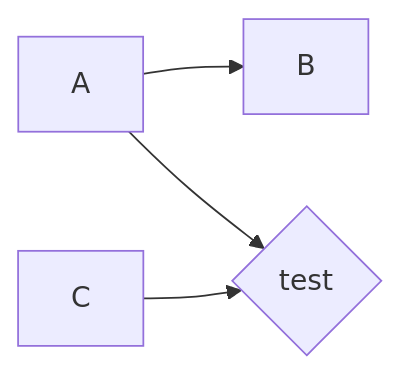
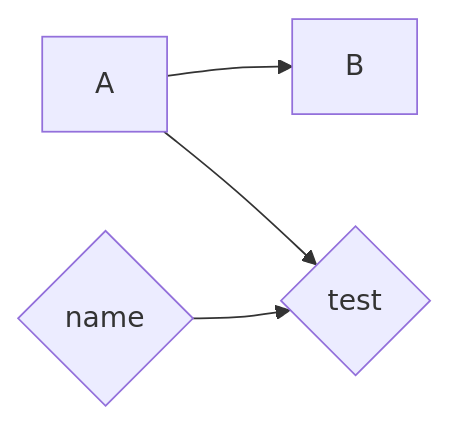
Before and after one commit to Alex-Rafter/wiki: the diagram in daily/2023-04-23.md, drawn with Mermaid.

````diff
--- a/daily/2023-04-23.md
+++ b/daily/2023-04-23.md
@@ -5,6 +5,6 @@
 ```mermaid
 graph LR;
     A-->B;
-    C-->D{name};
+    C{name}-->D;
     A-->D{test};
 ```
````
